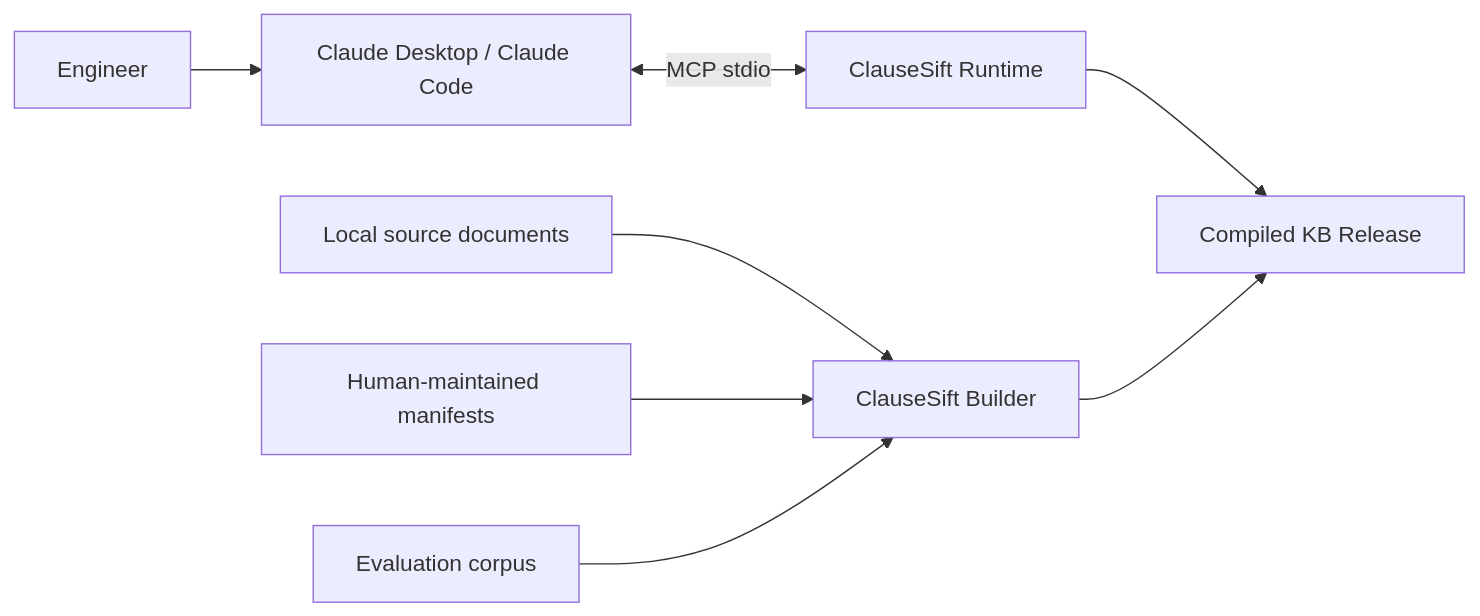
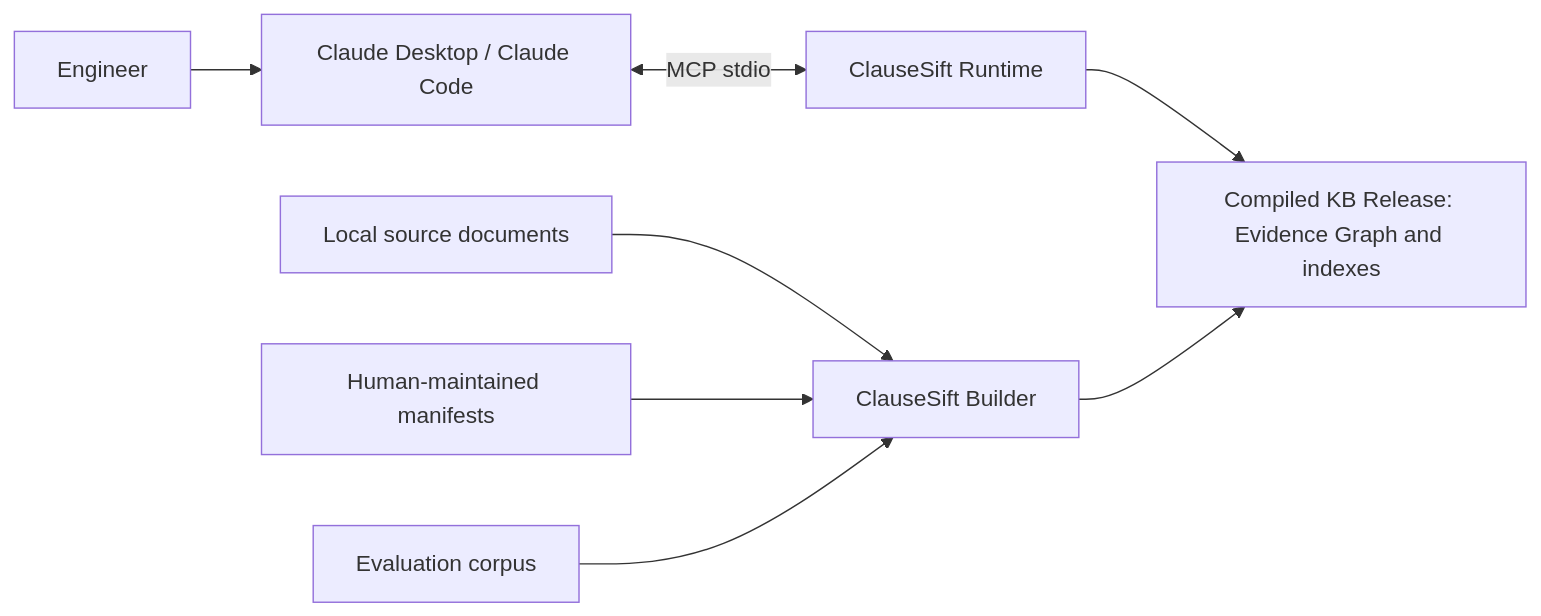
The first of 3 diagrams in docs/design.md (grammy-jiang/clause-sift), drawn with Mermaid before and after one commit. The commit also changed other lines of this file, not shown here.

First line of the commit message:
docs(architecture): define Evidence Graph

````diff
--- a/docs/design.md
+++ b/docs/design.md
@@ -186,10 +188,10 @@
 ```mermaid
 flowchart LR
     U[Engineer] --> C[Claude Desktop / Claude Code]
     C <-->|MCP stdio| R[ClauseSift Runtime]
-    R --> K[Compiled KB Release]
+    R --> K[Compiled KB Release: Evidence Graph and indexes]
     B[ClauseSift Builder] --> K
     S[Local source documents] --> B
     M[Human-maintained manifests] --> B
     E[Evaluation corpus] --> B
 ```
````
